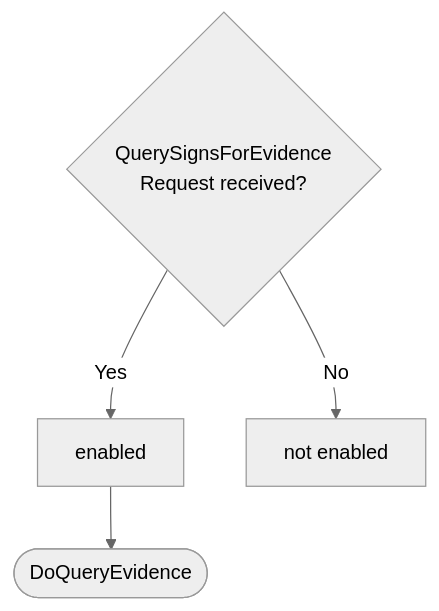
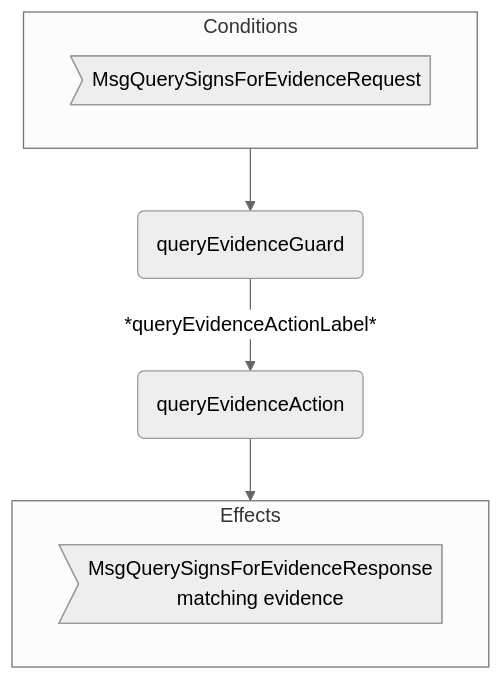
Before and after one commit to anoma/nspec: the third of 3 diagrams in docs/arch/node/engines/signs_for_behaviour.juvix.md, drawn with Mermaid (neutral theme). The commit also changed other lines of this file and 2 other files, not shown here.

Commit message:
update signs for engine to new template

````diff
--- a/docs/arch/node/engines/signs_for_behaviour.juvix.md
+++ b/docs/arch/node/engines/signs_for_behaviour.juvix.md
@@ -252,7 +553,15 @@
 ```mermaid
 flowchart TD
-    C{QuerySignsForEvidence<br>Request received?}
-    C -->|Yes| D[enabled]
-    C -->|No| E[not enabled]
-    D --> F([DoQueryEvidence])
+  subgraph C[Conditions]
+    CMsg>MsgQuerySignsForEvidenceRequest]
+  end
+
+  G(queryEvidenceGuard)
+  A(queryEvidenceAction)
+
+  C --> G -- *queryEvidenceActionLabel* --> A --> E
+
+  subgraph E[Effects]
+    EMsg>MsgQuerySignsForEvidenceResponse<br/>matching evidence]
+  end
 ```
````
